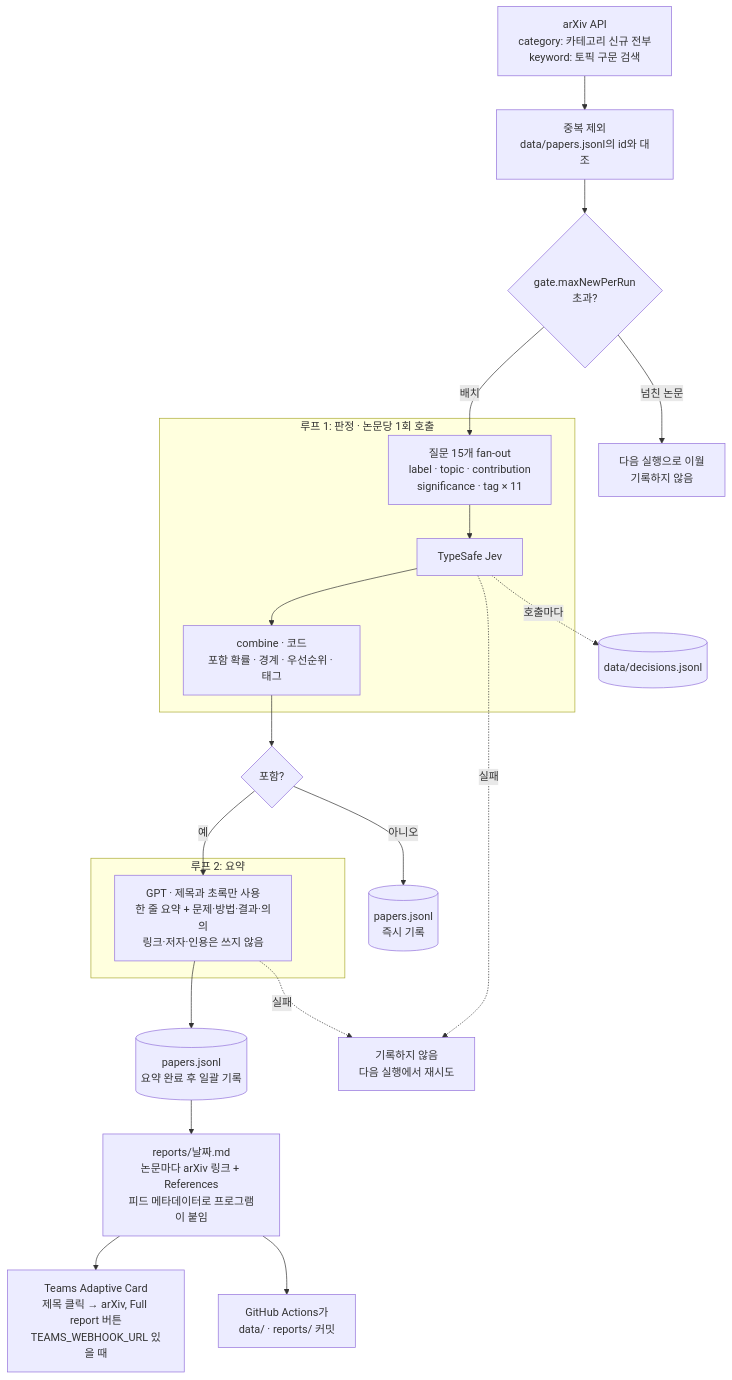
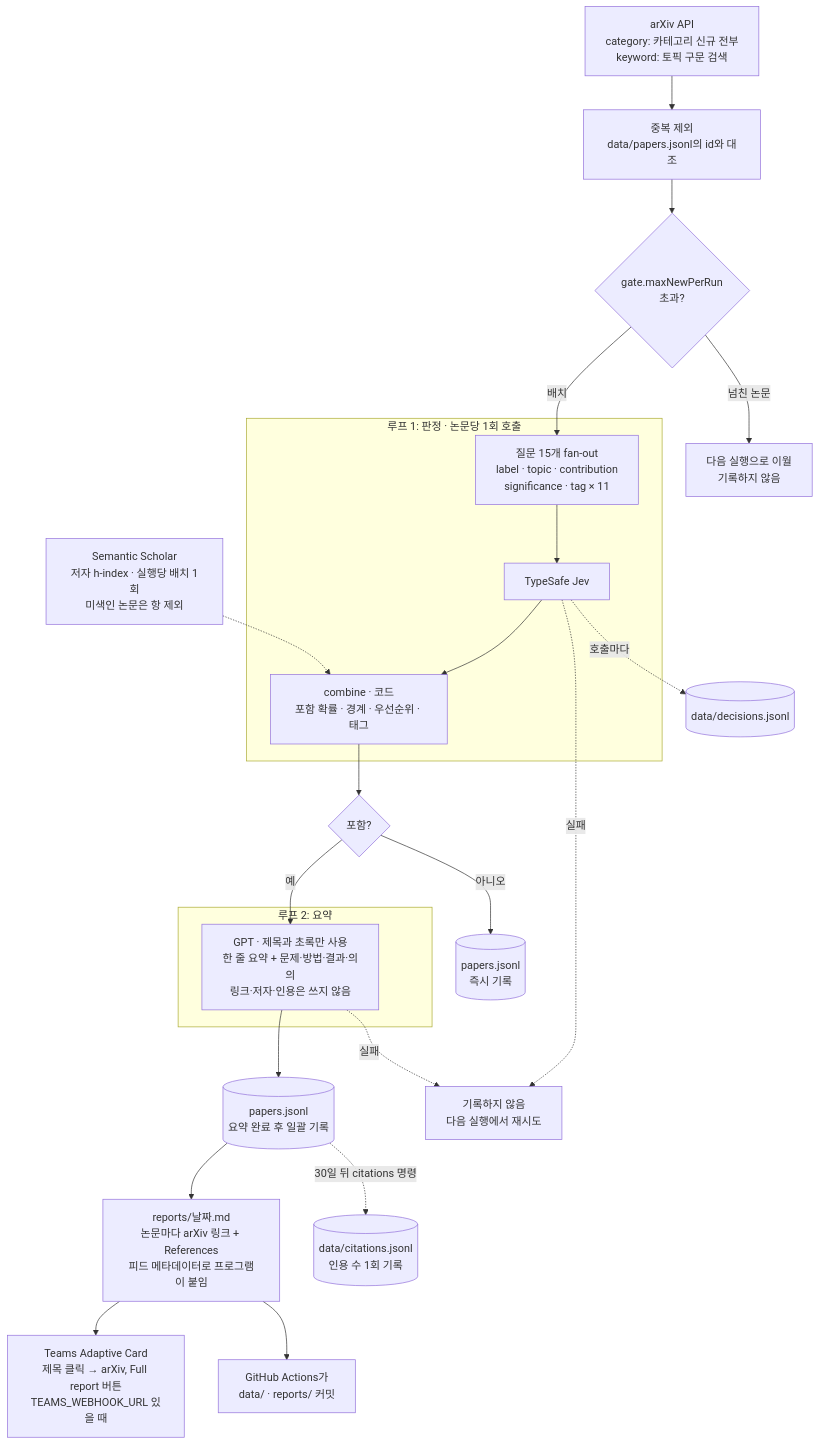
The diagram in README.md (nhchoi98/demo_trend_searcher), drawn with Mermaid before and after one commit. The commit also changed other lines of this file and 16 other files, not shown here.

````diff
--- a/README.md
+++ b/README.md
@@ -17,29 +17,31 @@
 ```mermaid
 flowchart TD
     A[arXiv API<br/>category: 카테고리 신규 전부<br/>keyword: 토픽 구문 검색] --> B[중복 제외<br/>data/papers.jsonl의 id와 대조]
     B --> C{gate.maxNewPerRun<br/>초과?}
     C -- 넘친 논문 --> D[다음 실행으로 이월<br/>기록하지 않음]
     C -- 배치 --> E
 
     subgraph L1[루프 1: 판정 · 논문당 1회 호출]
         E[질문 15개 fan-out<br/>label · topic · contribution<br/>significance · tag × 11] --> F[TypeSafe Jev]
         F --> G[combine · 코드<br/>포함 확률 · 경계 · 우선순위 · 태그]
     end
+    S[Semantic Scholar<br/>저자 h-index · 실행당 배치 1회<br/>미색인 논문은 항 제외] -.-> G
 
     F -. 호출마다 .-> H[(data/decisions.jsonl)]
     G --> I{포함?}
     I -- 아니오 --> J[(papers.jsonl<br/>즉시 기록)]
     I -- 예 --> K
 
     subgraph L2[루프 2: 요약]
         K[GPT · 제목과 초록만 사용<br/>한 줄 요약 + 문제·방법·결과·의의<br/>링크·저자·인용은 쓰지 않음]
     end
 
     K --> M[(papers.jsonl<br/>요약 완료 후 일괄 기록)]
     M --> N[reports/날짜.md<br/>논문마다 arXiv 링크 + References<br/>피드 메타데이터로 프로그램이 붙임]
     N --> O[Teams Adaptive Card<br/>제목 클릭 → arXiv, Full report 버튼<br/>TEAMS_WEBHOOK_URL 있을 때]
     N --> P[GitHub Actions가<br/>data/ · reports/ 커밋]
+    M -. 30일 뒤 citations 명령 .-> R[(data/citations.jsonl<br/>인용 수 1회 기록)]
 
     F -. 실패 .-> Q[기록하지 않음<br/>다음 실행에서 재시도]
     K -. 실패 .-> Q
 ```
````
